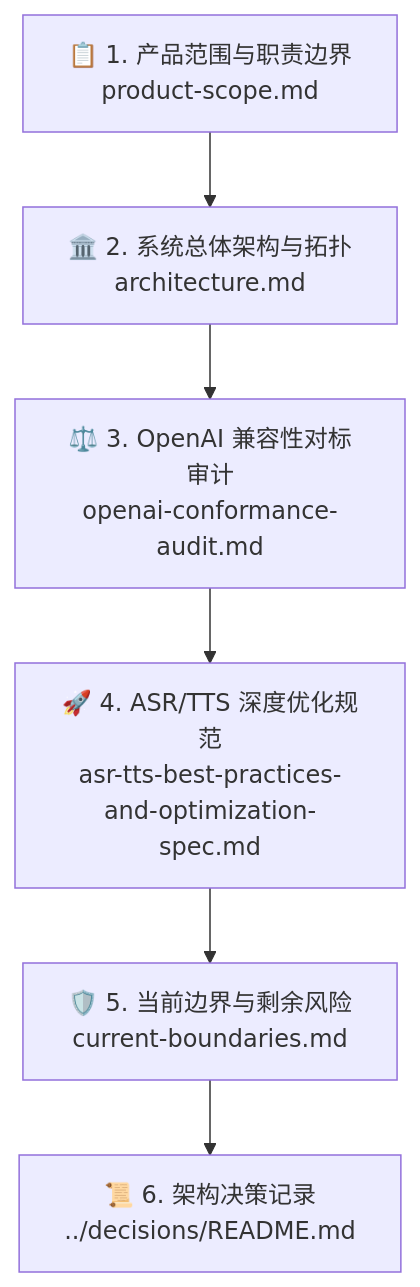
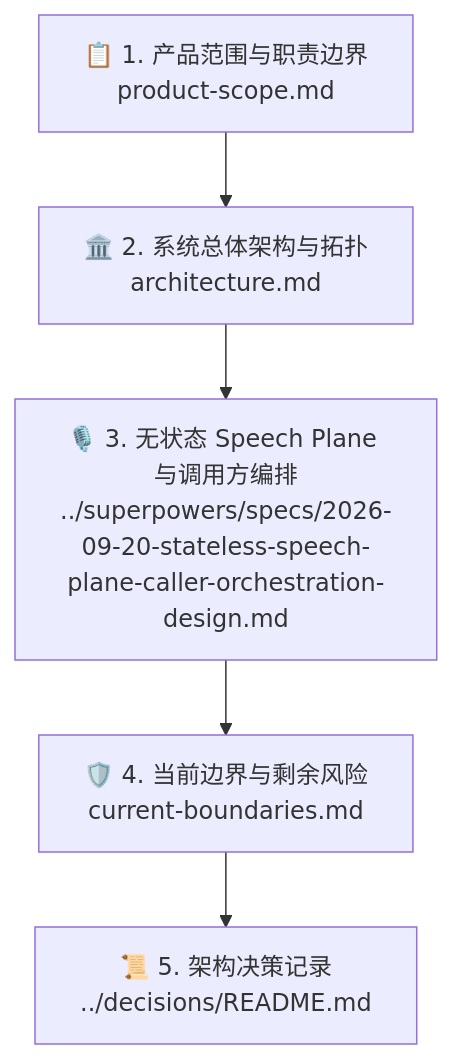
The diagram in docs/architecture/README.md (hrygo/SpeechRail), drawn with Mermaid before and after one commit. The commit also changed other lines of this file and 81 other files, not shown here.

Commit message:
feat: release stateless speech plane contract

````diff
--- a/docs/architecture/README.md
+++ b/docs/architecture/README.md
@@ -23,8 +23,7 @@
 ```mermaid
 graph TD
     A[📋 1. 产品范围与职责边界<br/>product-scope.md] --> B[🏛️ 2. 系统总体架构与拓扑<br/>architecture.md]
-    B --> C[⚖️ 3. OpenAI 兼容性对标审计<br/>openai-conformance-audit.md]
-    C --> D[🚀 4. ASR/TTS 深度优化规范<br/>asr-tts-best-practices-and-optimization-spec.md]
-    D --> E[🛡️ 5. 当前边界与剩余风险<br/>current-boundaries.md]
-    E --> F[📜 6. 架构决策记录<br/>../decisions/README.md]
+    B --> C[🎙️ 3. 无状态 Speech Plane 与调用方编排<br/>../superpowers/specs/2026-09-20-stateless-speech-plane-caller-orchestration-design.md]
+    C --> D[🛡️ 4. 当前边界与剩余风险<br/>current-boundaries.md]
+    D --> E[📜 5. 架构决策记录<br/>../decisions/README.md]
 ```
````
